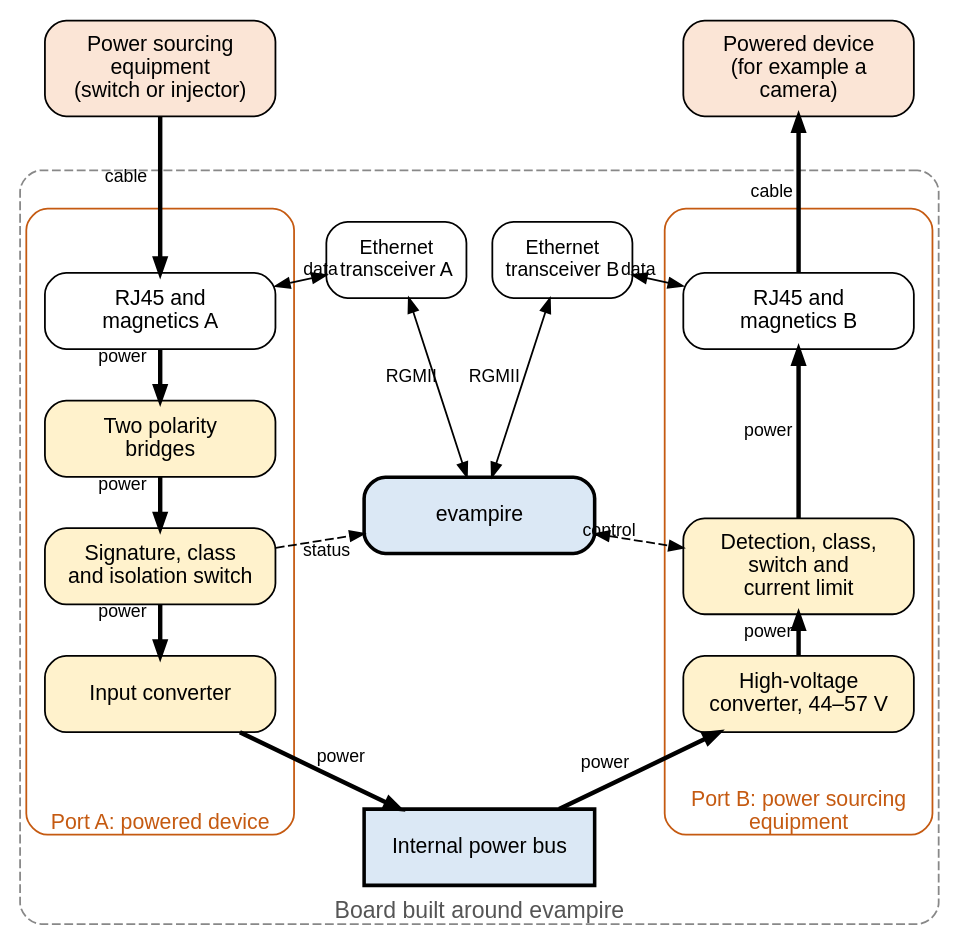
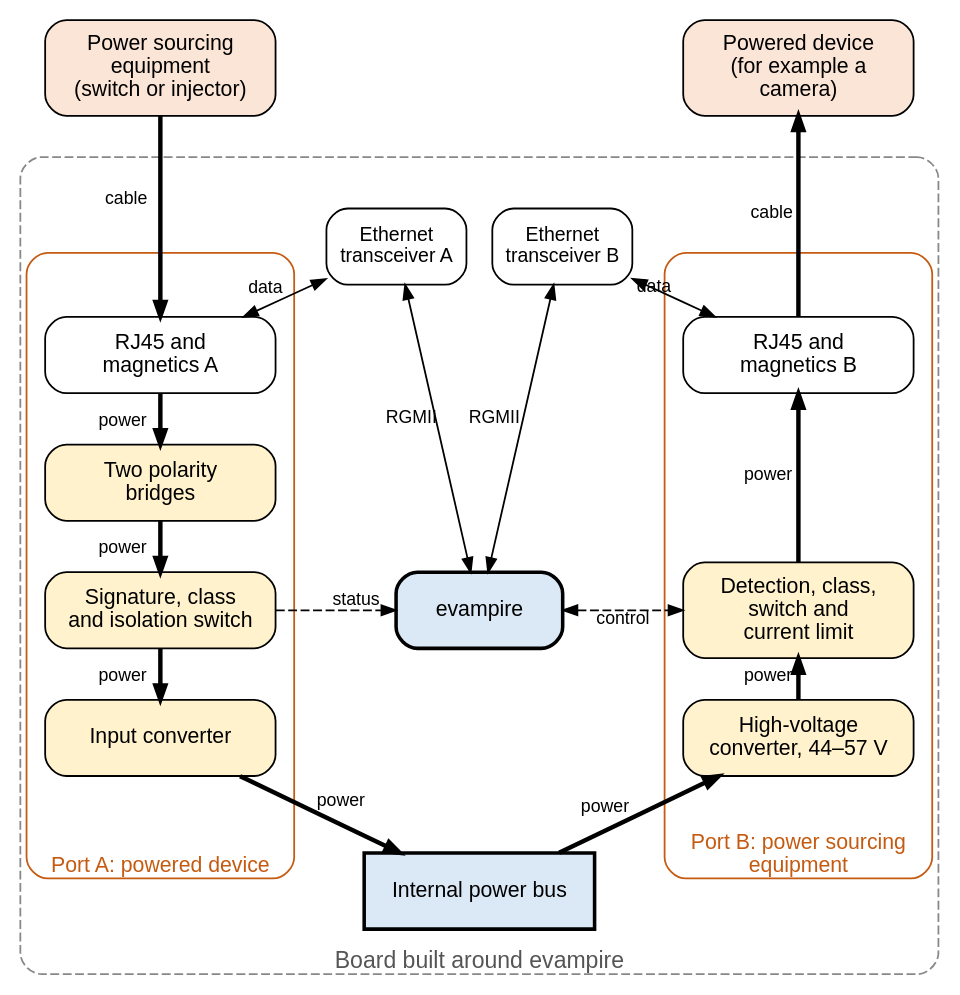
One commit to mithro/evampire changed the diagram in docs/power/poe/system.dot. Above: the diagram before and after it, drawn with Graphviz. The commit also changed 16 other files, not shown here.

Commit message:
Fix diagram label overlaps, enlarge diagram text and tidy PoE wording from the visual review

```diff
--- a/docs/power/poe/system.dot
+++ b/docs/power/poe/system.dot
@@ -1,85 +1,85 @@
 // Power over Ethernet on a first-version evampire board: port A receives
 // power as a powered device, port B supplies power as power sourcing
 // equipment. Every edge carries a text label; bold edges carry power, thin
 // edges carry data, dashed edges carry control and measurements.
 //
 // Fill colours: far-end equipment #fbe5d6, power circuits on the board
 // #fff2cc, evampire and the power bus #dbe8f5, connectors and transceivers
 // #ffffff.
 //
 // The blocks are placed on a fixed grid (positions in inches) so that the
 // diagram fits the width of a documentation page:
 //
 //   column 1 (x=1.1)  port A, power flowing down from the cable
 //   column 2 (x=3.6)  Ethernet transceivers, evampire, internal power bus
 //   column 3 (x=6.1)  port B, power flowing up to the cable
 //
 // SPDX-License-Identifier: Apache-2.0
 
 digraph poe_system {
     graph [layout=neato, splines=false, overlap=true, outputorder=nodesfirst,
            fontname="Helvetica"];
     node  [shape=box, style="rounded,filled", fillcolor="#f2f2f2",
            fontname="Helvetica", fontsize=12, width=1.8, height=0.6,
            fixedsize=true];
     edge  [fontname="Helvetica", fontsize=10, arrowsize=0.8];
 
     // Outlines, drawn first so they sit behind the blocks.
     board [label="Board built around evampire", labelloc=b, fontsize=13,
-           fontcolor="#555555", pos="3.6,5.15!", width=7.2, height=5.9,
+           fontcolor="#555555", pos="3.6,5.35!", width=7.2, height=6.4,
            style="rounded,dashed", color="#888888", fillcolor="none"];
     port_a [label="Port A: powered device", labelloc=b, fontsize=12,
             fontcolor="#c55a11", pos="1.1,5.35!", width=2.1, height=4.9,
             style="rounded", color="#c55a11", fillcolor="none"];
     port_b [label="Port B: power sourcing\nequipment", labelloc=b,
             fontsize=12, fontcolor="#c55a11", pos="6.1,5.35!", width=2.1,
             height=4.9, style="rounded", color="#c55a11", fillcolor="none"];
 
     // Equipment at the far ends of the two cables.
-    up   [pos="1.1,8.9!", label="Power sourcing\nequipment\n(switch or injector)",
+    up   [pos="1.1,9.25!", label="Power sourcing\nequipment\n(switch or injector)",
           height=0.75, fillcolor="#fbe5d6"];
-    down [pos="6.1,8.9!", label="Powered device\n(for example a\ncamera)",
+    down [pos="6.1,9.25!", label="Powered device\n(for example a\ncamera)",
           height=0.75, fillcolor="#fbe5d6"];
 
     // Port A column.
     maga [pos="1.1,7.0!", label="RJ45 and\nmagnetics A", fillcolor="#ffffff"];
     brg  [pos="1.1,6.0!", label="Two polarity\nbridges", fillcolor="#fff2cc"];
     pdc  [pos="1.1,5.0!", label="Signature, class\nand isolation switch", fillcolor="#fff2cc"];
     conv [pos="1.1,4.0!", label="Input converter", fillcolor="#fff2cc"];
 
     // Centre column.
-    evp  [pos="3.6,5.4!", label="evampire", style="rounded,filled,bold",
+    evp  [pos="3.6,5.0!", label="evampire", width=1.3, style="rounded,filled,bold",
           fillcolor="#dbe8f5"];
     bus  [pos="3.6,2.8!", label="Internal power bus", style="filled,bold",
           fillcolor="#dbe8f5"];
 
     // Ethernet transceivers (external chips in the first version).
-    phya [pos="2.95,7.4!", label="Ethernet\ntransceiver A", width=1.1,
+    phya [pos="2.95,7.85!", label="Ethernet\ntransceiver A", width=1.1,
           height=0.6, fontsize=11, fillcolor="#ffffff"];
-    phyb [pos="4.25,7.4!", label="Ethernet\ntransceiver B", width=1.1,
+    phyb [pos="4.25,7.85!", label="Ethernet\ntransceiver B", width=1.1,
           height=0.6, fontsize=11, fillcolor="#ffffff"];
 
     // Port B column.
     boost [pos="6.1,4.0!", label="High-voltage\nconverter, 44–57 V", fillcolor="#fff2cc"];
     psec  [pos="6.1,5.0!", label="Detection, class,\nswitch and\ncurrent limit", height=0.75, fillcolor="#fff2cc"];
     magb  [pos="6.1,7.0!", label="RJ45 and\nmagnetics B", fillcolor="#ffffff"];
 
     // Power path.
     up    -> maga  [penwidth=2.5, label="cable  "];
     maga  -> brg   [penwidth=2.5, label="power  "];
     brg   -> pdc   [penwidth=2.5, label="power  "];
     pdc   -> conv  [penwidth=2.5, label="power  "];
     conv  -> bus   [penwidth=2.5, label="power"];
     bus   -> boost [penwidth=2.5, label="power"];
     boost -> psec  [penwidth=2.5, label="  power"];
     psec  -> magb  [penwidth=2.5, label="  power"];
     magb  -> down  [penwidth=2.5, label="  cable"];
 
     // Control and data.
     pdc  -> evp  [style=dashed, label="status"];
     evp  -> psec [style=dashed, dir=both, label="control"];
     maga -> phya [dir=both, label="data"];
     phya -> evp  [dir=both, label="RGMII"];
     evp  -> phyb [dir=both, label="RGMII"];
     phyb -> magb [dir=both, label="data"];
 }
```
